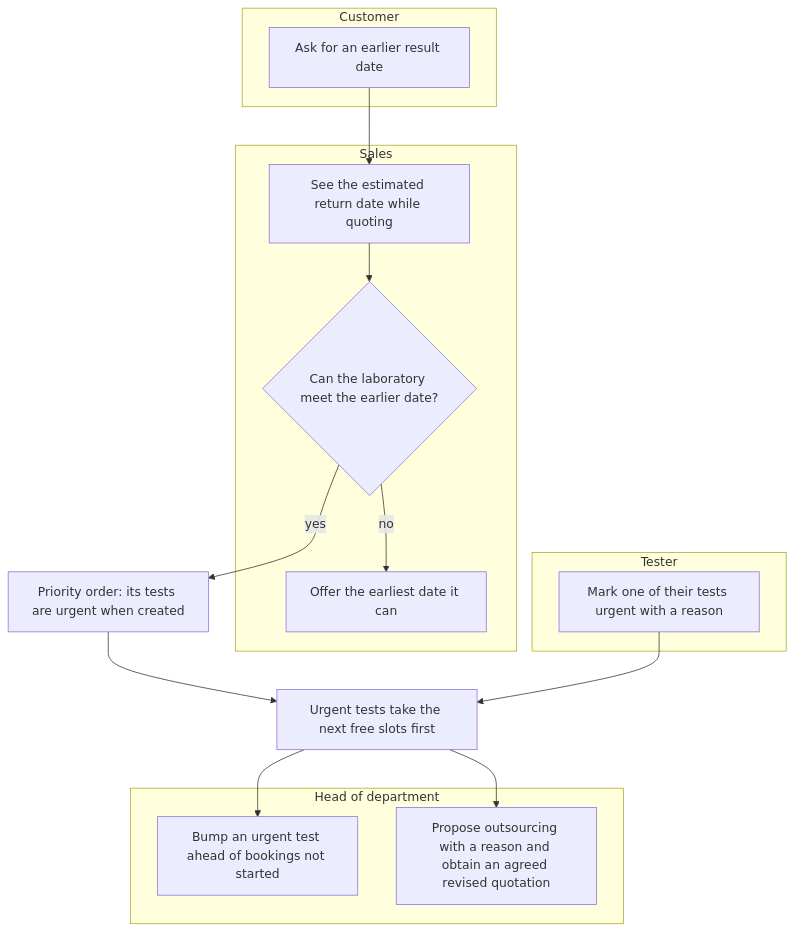
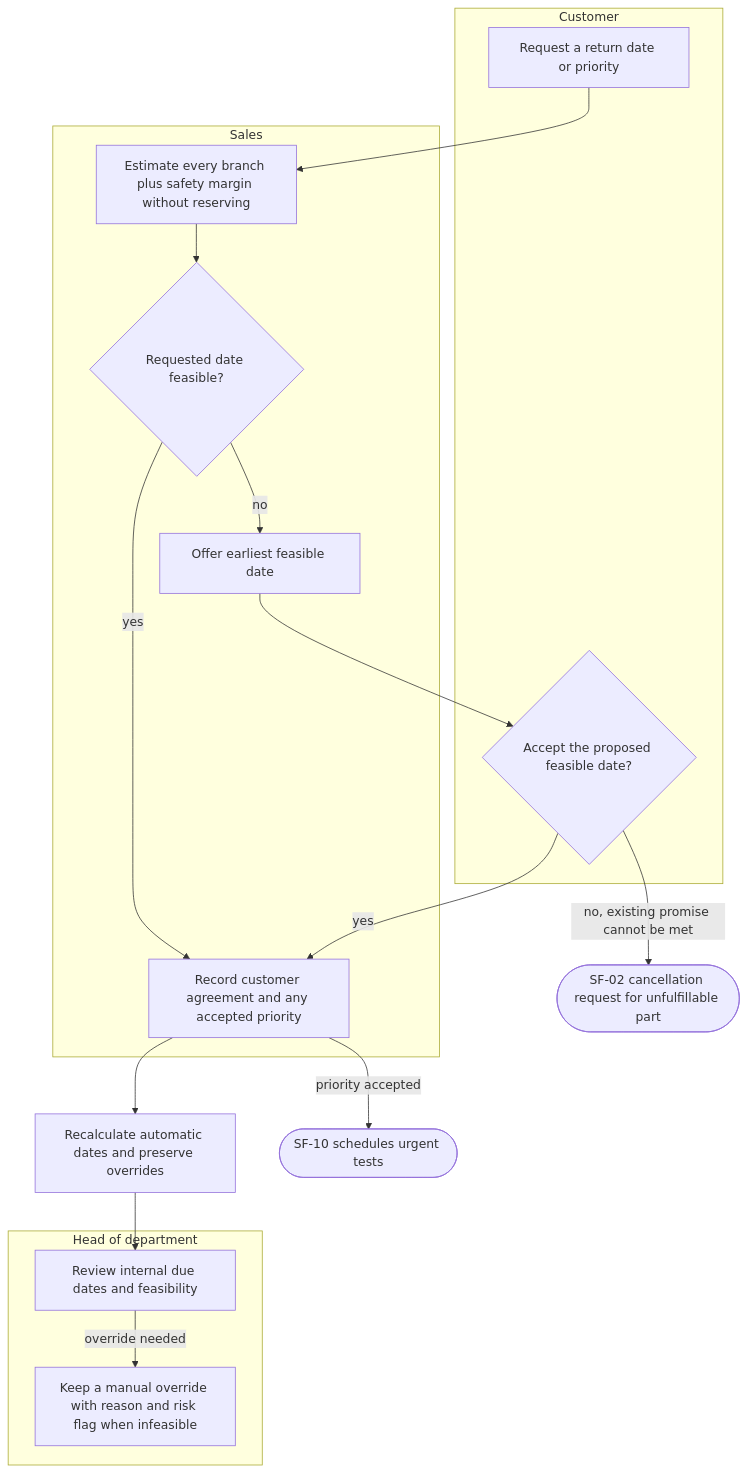
Diagram 13 of 17 in docs/functional/business-flows.md (SoltuneMontepre/medilab), drawn with Mermaid before and after one commit. The commit also changed other lines of this file and 8 other files, not shown here.

Commit message:
[docs] Align business flows and sign reports before issuance

````diff
--- a/docs/functional/business-flows.md
+++ b/docs/functional/business-flows.md
@@ -630,23 +577,25 @@
 ```mermaid
 flowchart TD
     subgraph lane31 ["Customer"]
-        c1[Ask for an earlier result date]
+        c1[Request a return date or priority]
+        c2{Accept the proposed feasible date?}
     end
     subgraph lane32 ["Sales"]
-        s1[See the estimated return date while quoting] --> s2{Can the laboratory meet the earlier date?}
-        s2 -->|no| s3[Offer the earliest date it can]
+        s1[Estimate every branch plus safety margin without reserving]
+        s2{Requested date feasible?}
+        s3[Offer earliest feasible date]
+        s4[Record customer agreement and any accepted priority]
     end
     subgraph lane33 ["Head of department"]
-        h1[Bump an urgent test ahead of bookings not started]
-        h2[Propose outsourcing with a reason and obtain an agreed revised quotation]
+        h1[Review internal due dates and feasibility]
+        h2[Keep a manual override with reason and risk flag when infeasible]
     end
-    subgraph lane34 ["Tester"]
-        t1[Mark one of their tests urgent with a reason]
-    end
-    c1 --> s1
-    s2 -->|yes| urgent["Priority order: its tests are urgent when created"]
-    urgent --> queue[Urgent tests take the next free slots first]
-    t1 --> queue
-    queue --> h1
-    queue --> h2
+    c1 --> s1 --> s2
+    s2 -->|yes| s4
+    s2 -->|no| s3 --> c2
+    c2 -->|yes| s4
+    c2 -->|no, existing promise cannot be met| cancel([SF-02 cancellation request for unfulfillable part])
+    s4 --> dates[Recalculate automatic dates and preserve overrides] --> h1
+    h1 -->|override needed| h2
+    s4 -->|priority accepted| urgent([SF-10 schedules urgent tests])
 ```
````
